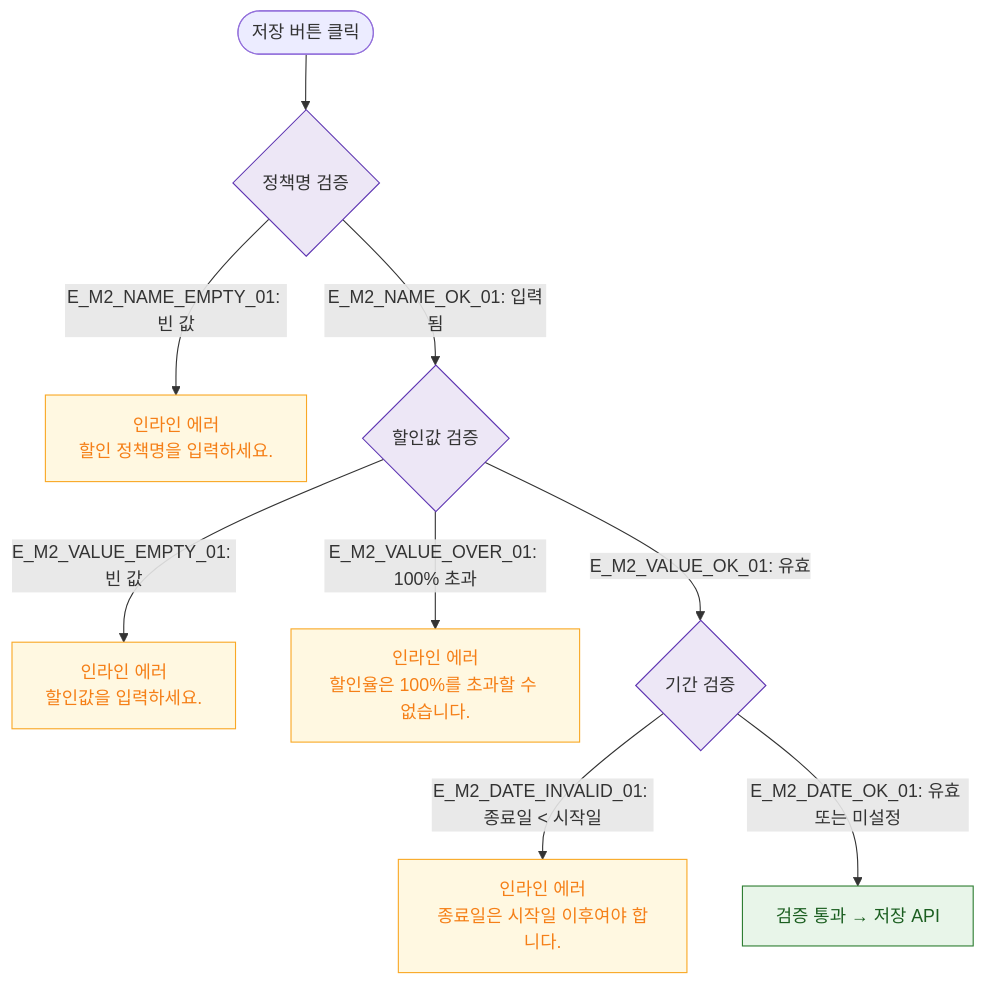
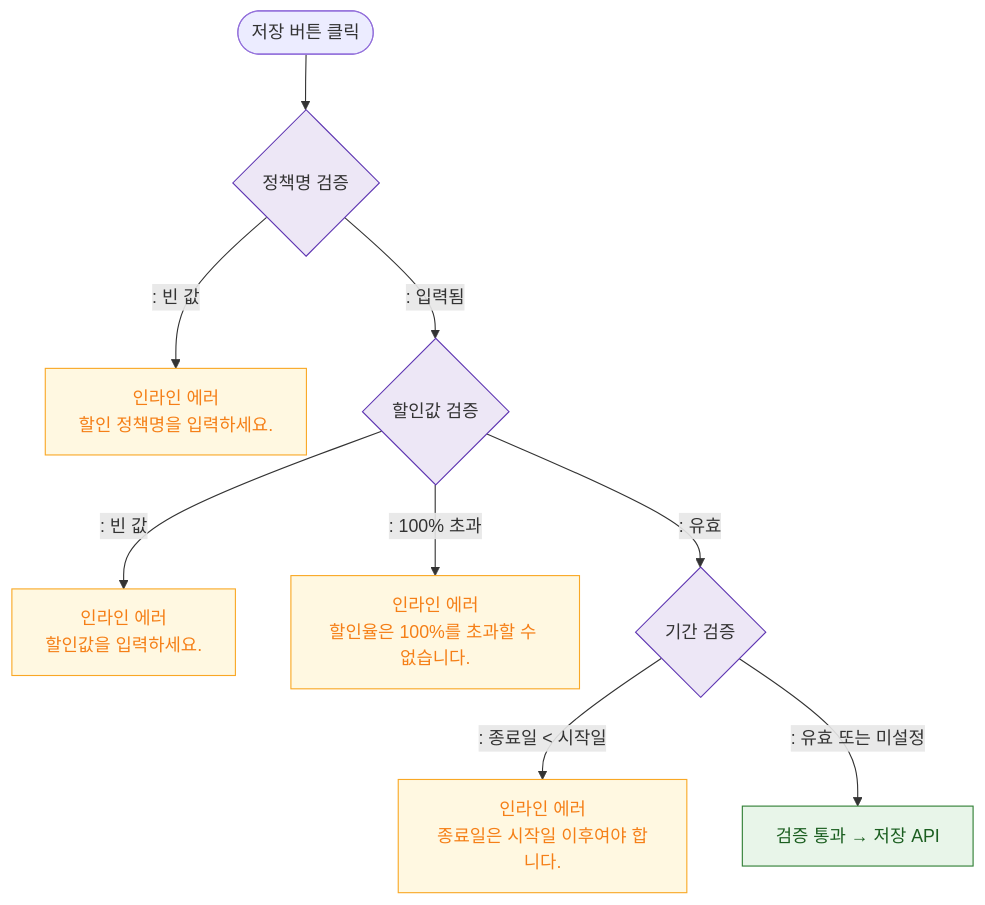
The diagram in docs/다이어그램/D05_상품관리/DLG/DLG-P007_할인정책추가수정/M2_필드검증.md (dev-spogym/admin-pando), drawn with Mermaid before and after one commit. The commit also changed other lines of this file and 1660 other files, not shown here.

First line of the commit message:
다이어그램: 기획자/클라이언트 납품본으로 정리

````diff
--- a/docs/다이어그램/D05_상품관리/DLG/DLG-P007_할인정책추가수정/M2_필드검증.md
+++ b/docs/다이어그램/D05_상품관리/DLG/DLG-P007_할인정책추가수정/M2_필드검증.md
@@ -16,20 +14,20 @@
 ```mermaid
 flowchart TD
     SUBMIT([저장 버튼 클릭]) --> V1{정책명 검증}
-    V1 -->|"E_M2_NAME_EMPTY_01: 빈 값"| ErrName[인라인 에러\n할인 정책명을 입력하세요.]
-    V1 -->|"E_M2_NAME_OK_01: 입력됨"| V2{할인값 검증}
+    V1 -->|": 빈 값"|ErrName[인라인 에러\n할인 정책명을 입력하세요.]
+    V1 -->|": 입력됨"|V2{할인값 검증}
 
-    V2 -->|"E_M2_VALUE_EMPTY_01: 빈 값"| ErrValue[인라인 에러\n할인값을 입력하세요.]
-    V2 -->|"E_M2_VALUE_OVER_01: 100% 초과"| ErrOver[인라인 에러\n할인율은 100%를 초과할 수 없습니다.]
-    V2 -->|"E_M2_VALUE_OK_01: 유효"| V3{기간 검증}
+    V2 -->|": 빈 값"|ErrValue[인라인 에러\n할인값을 입력하세요.]
+    V2 -->|": 100% 초과"|ErrOver[인라인 에러\n할인율은 100%를 초과할 수 없습니다.]
+    V2 -->|": 유효"|V3{기간 검증}
 
-    V3 -->|"E_M2_DATE_INVALID_01: 종료일 < 시작일"| ErrDate[인라인 에러\n종료일은 시작일 이후여야 합니다.]
-    V3 -->|"E_M2_DATE_OK_01: 유효 또는 미설정"| Pass[검증 통과 → 저장 API]
+    V3 -->|": 종료일 < 시작일"|ErrDate[인라인 에러\n종료일은 시작일 이후여야 합니다.]
+    V3 -->|": 유효 또는 미설정"|Pass[검증 통과 → 저장 API]
 
     classDef success fill:#E8F5E9,stroke:#2E7D32,color:#1B5E20
     classDef warning fill:#FFF8E1,stroke:#F9A825,color:#F57F17
     classDef system fill:#EDE7F6,stroke:#5E35B2
     class Pass success
     class ErrName,ErrValue,ErrOver,ErrDate warning
     class V1,V2,V3 system
 ```
````
